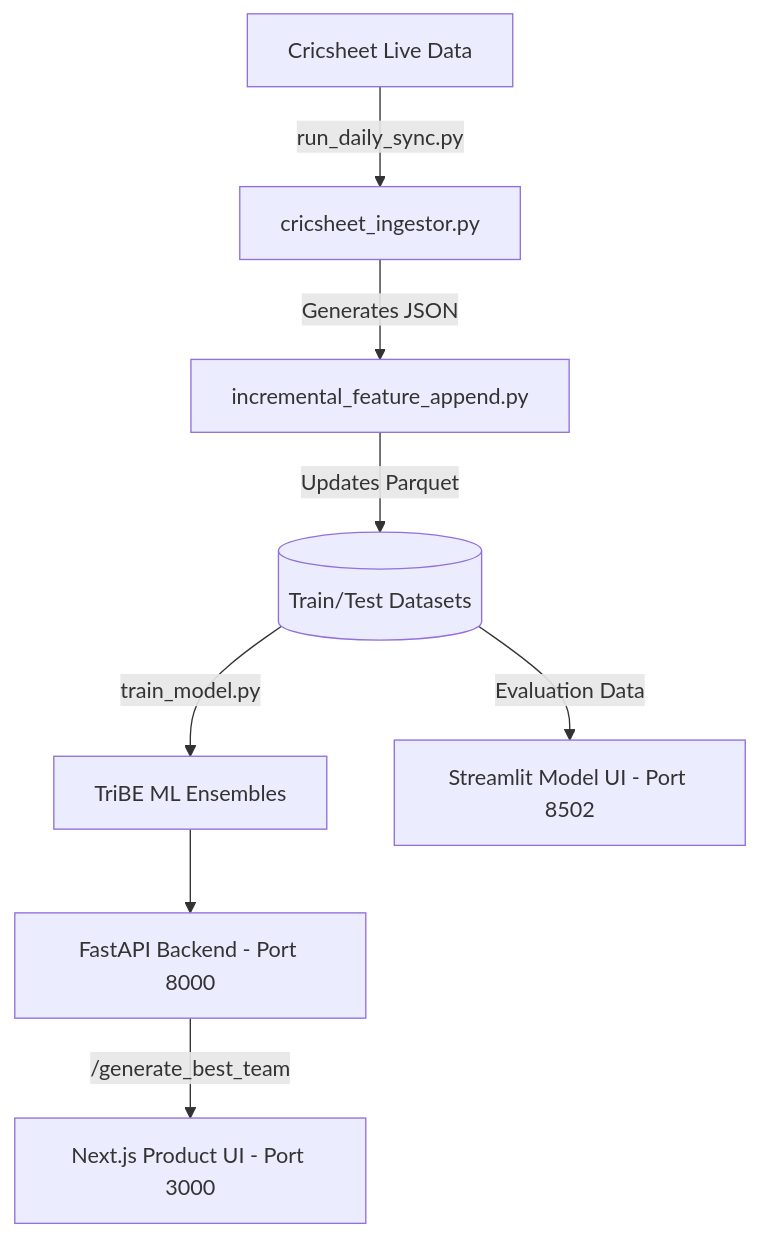
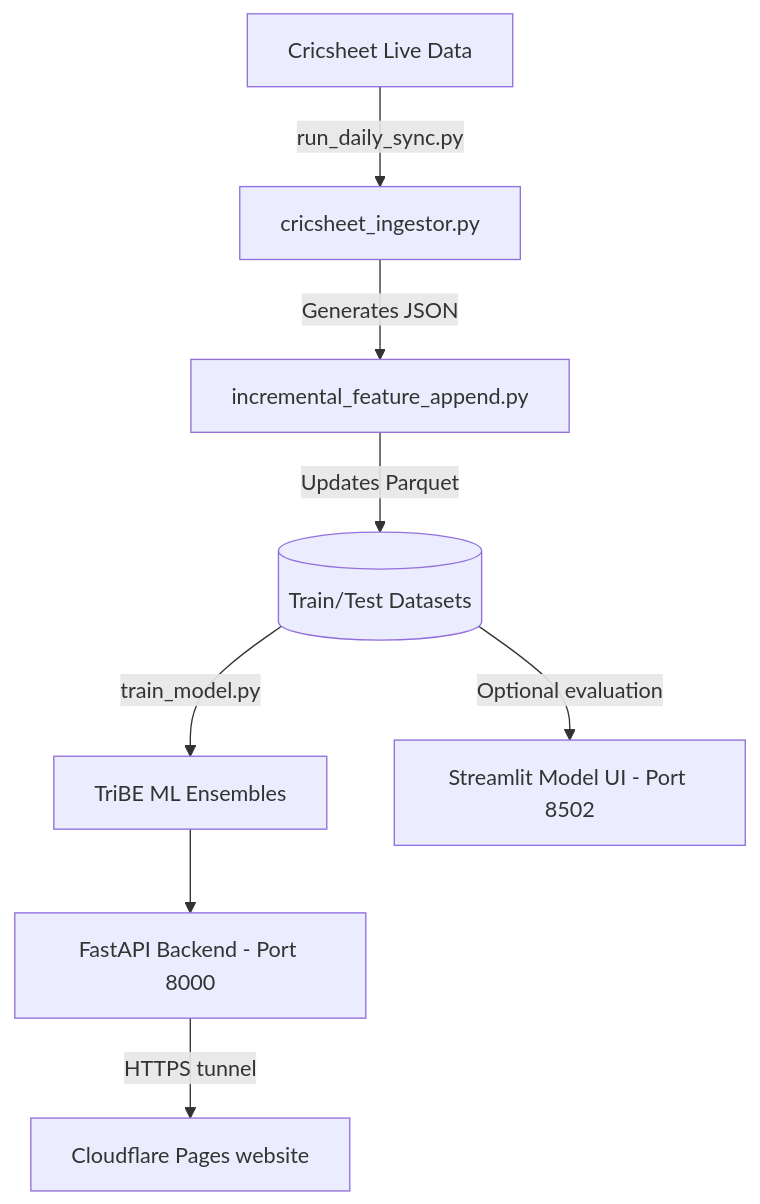
Before and after one commit to artignite3/NEW_X1: the diagram in README.md, drawn with Mermaid. The commit also changed other lines of this file and 6 other files, not shown here.

````diff
--- a/README.md
+++ b/README.md
@@ -81,11 +73,11 @@
 ```mermaid
 flowchart TD
     A[Cricsheet Live Data] -->|run_daily_sync.py| B[cricsheet_ingestor.py]
     B -->|Generates JSON| C[incremental_feature_append.py]
     C -->|Updates Parquet| D[(Train/Test Datasets)]
     D -->|train_model.py| E[TriBE ML Ensembles]
     
     E --> F[FastAPI Backend - Port 8000]
-    F -->|/generate_best_team| G[Next.js Product UI - Port 3000]
-    D -->|Evaluation Data| H[Streamlit Model UI - Port 8502]
+    F -->|HTTPS tunnel| G[Cloudflare Pages website]
+    D -->|Optional evaluation| H[Streamlit Model UI - Port 8502]
 ```
````
